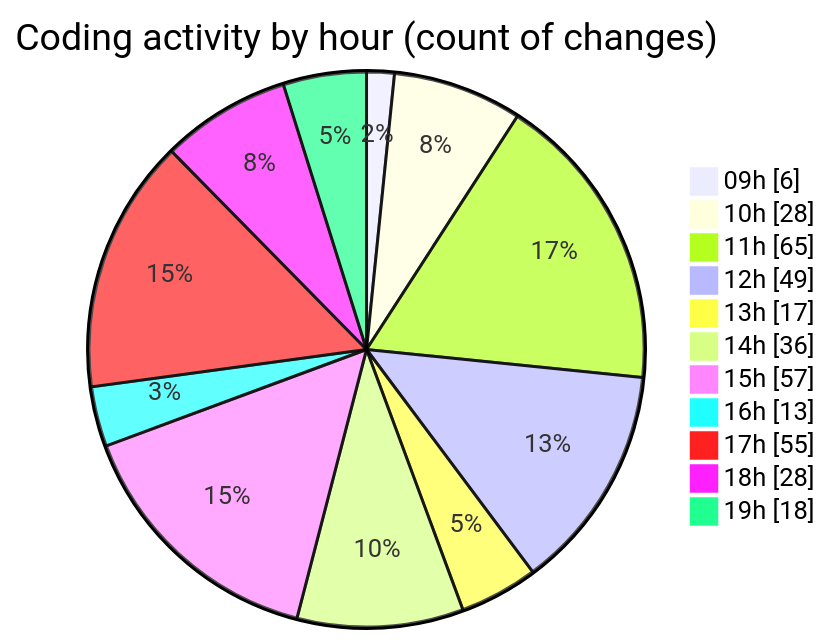
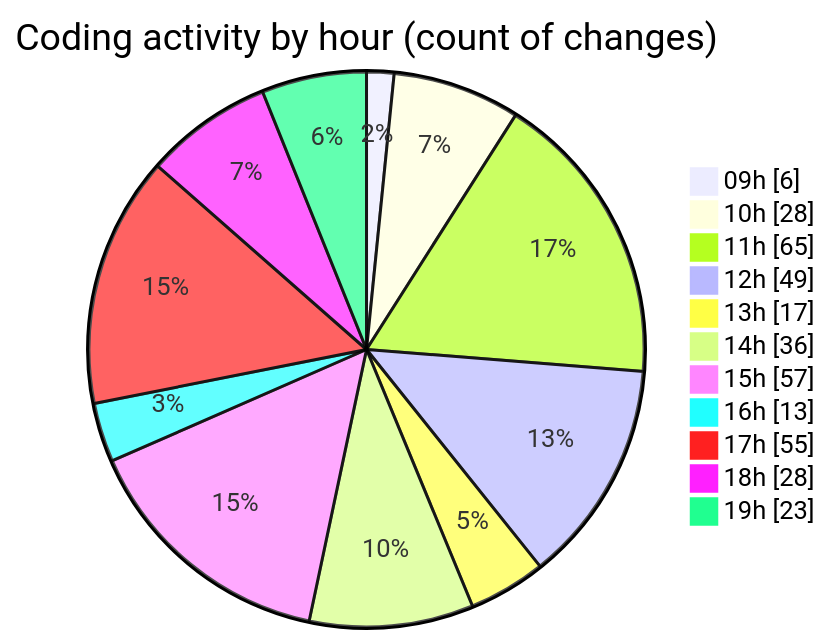
The second of 2 diagrams in 2025-03-27/cda/README.md (momahboobian/code-tracking), drawn with Mermaid before and after one commit. The commit also changed other lines of this file and 1 other file, not shown here.

````diff
--- a/2025-03-27/cda/README.md
+++ b/2025-03-27/cda/README.md
@@ -46,15 +50,15 @@
 ```mermaid
 pie showData
 title Coding activity by hour (count of changes)
 "09h" : 6
 "10h" : 28
 "11h" : 65
 "12h" : 49
 "13h" : 17
 "14h" : 36
 "15h" : 57
 "16h" : 13
 "17h" : 55
 "18h" : 28
-"19h" : 18
+"19h" : 23
 ```
````
